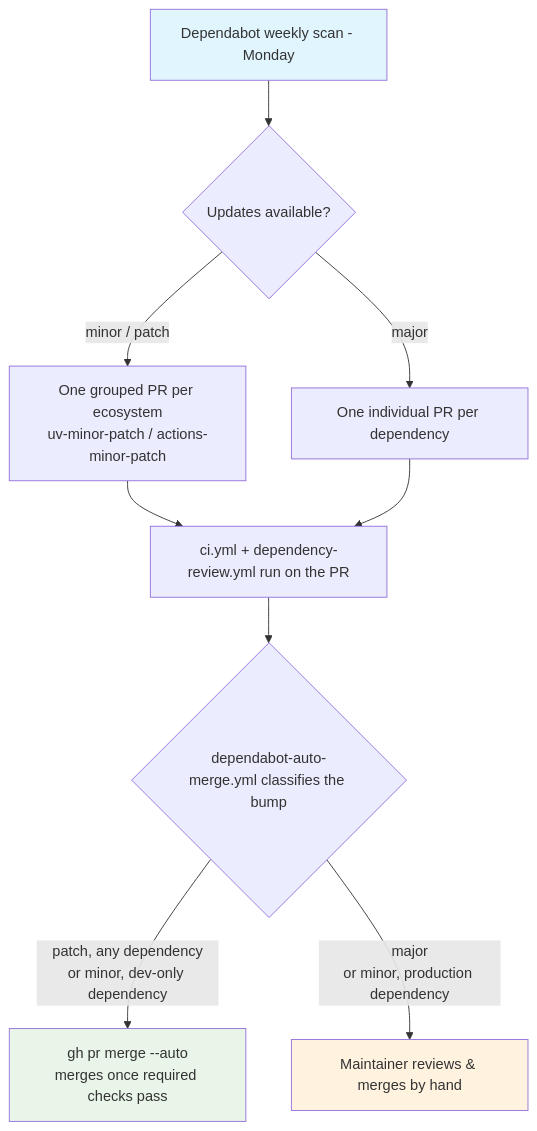
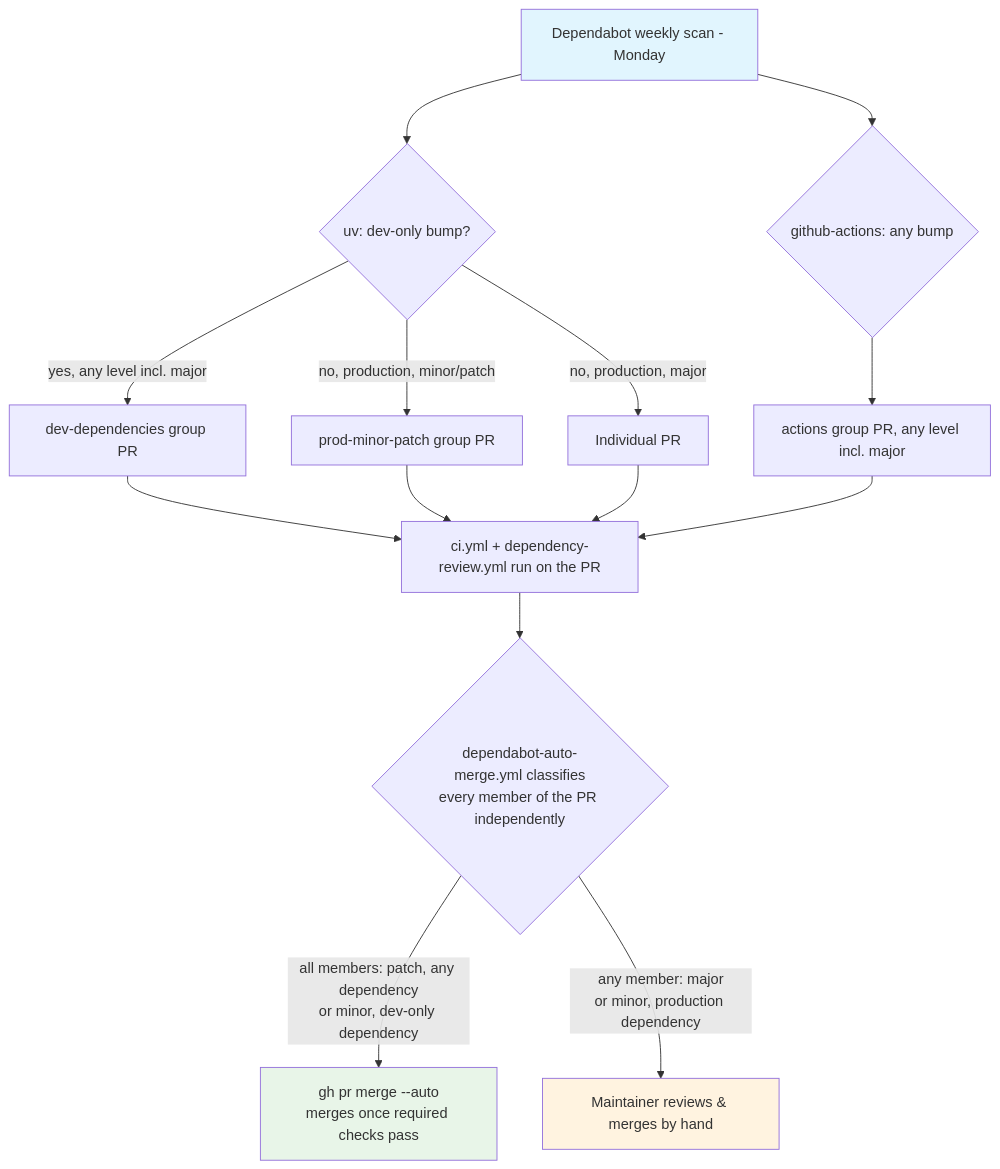
One commit to davidouagne/datahub-yaml-source changed the diagram in spec/spec-process-cicd-dependabot.md. Above: the diagram before and after it, drawn with Mermaid. The commit also changed other lines of this file and 3 other files, not shown here.

````diff
--- a/spec/spec-process-cicd-dependabot.md
+++ b/spec/spec-process-cicd-dependabot.md
@@ -30,15 +30,20 @@
 ```mermaid
 graph TD
-    A[Dependabot weekly scan - Monday] --> B{Updates available?}
-    B -->|minor / patch| C[One grouped PR per ecosystem<br/>uv-minor-patch / actions-minor-patch]
-    B -->|major| D[One individual PR per dependency]
-    C --> E[ci.yml + dependency-review.yml run on the PR]
-    D --> E
-    E --> G{dependabot-auto-merge.yml classifies the bump}
-    G -->|patch, any dependency<br/>or minor, dev-only dependency| H[gh pr merge --auto<br/>merges once required checks pass]
-    G -->|major<br/>or minor, production dependency| F[Maintainer reviews & merges by hand]
+    A[Dependabot weekly scan - Monday] --> B{uv: dev-only bump?}
+    B -->|yes, any level incl. major| C[dev-dependencies group PR]
+    B -->|no, production, minor/patch| D[prod-minor-patch group PR]
+    B -->|no, production, major| E[Individual PR]
+    A --> F{github-actions: any bump}
+    F --> G[actions group PR, any level incl. major]
+    C --> H[ci.yml + dependency-review.yml run on the PR]
+    D --> H
+    E --> H
+    G --> H
+    H --> I{dependabot-auto-merge.yml classifies<br/>every member of the PR independently}
+    I -->|all members: patch, any dependency<br/>or minor, dev-only dependency| J[gh pr merge --auto<br/>merges once required checks pass]
+    I -->|any member: major<br/>or minor, production dependency| K[Maintainer reviews & merges by hand]
 
     style A fill:#e1f5fe
-    style F fill:#fff3e0
-    style H fill:#e8f5e8
+    style K fill:#fff3e0
+    style J fill:#e8f5e8
 ```
````
